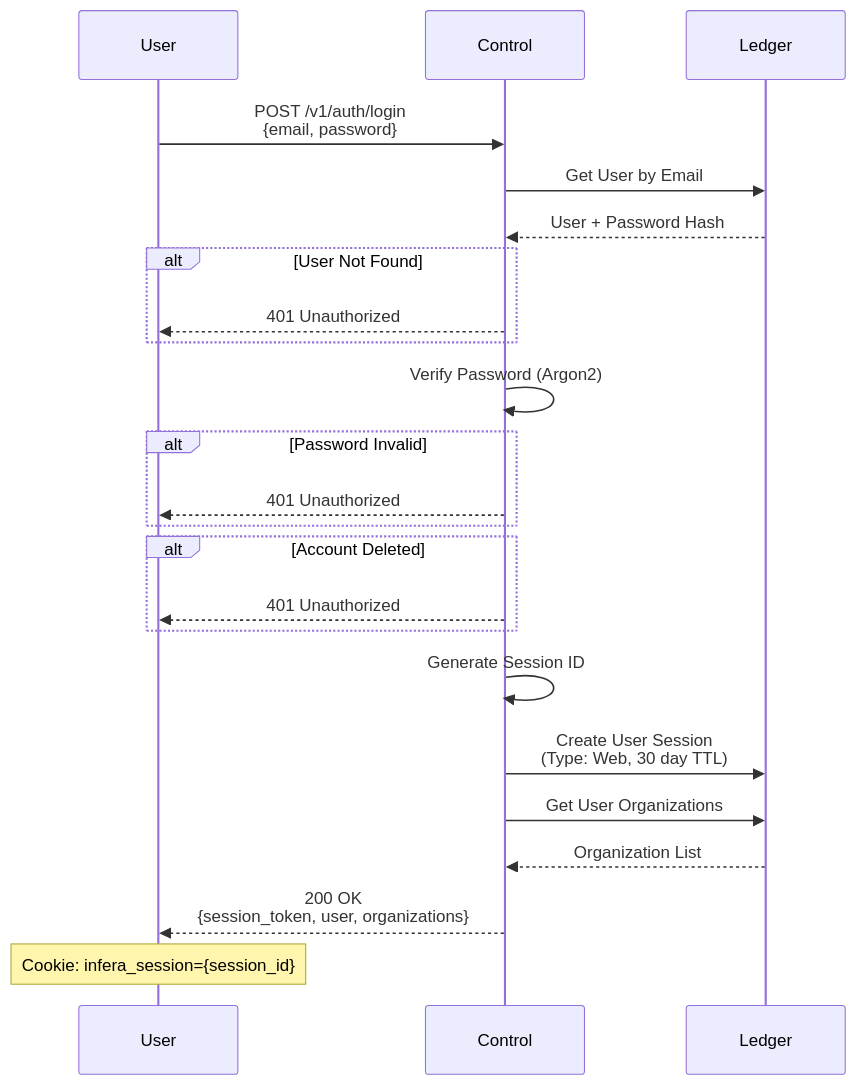
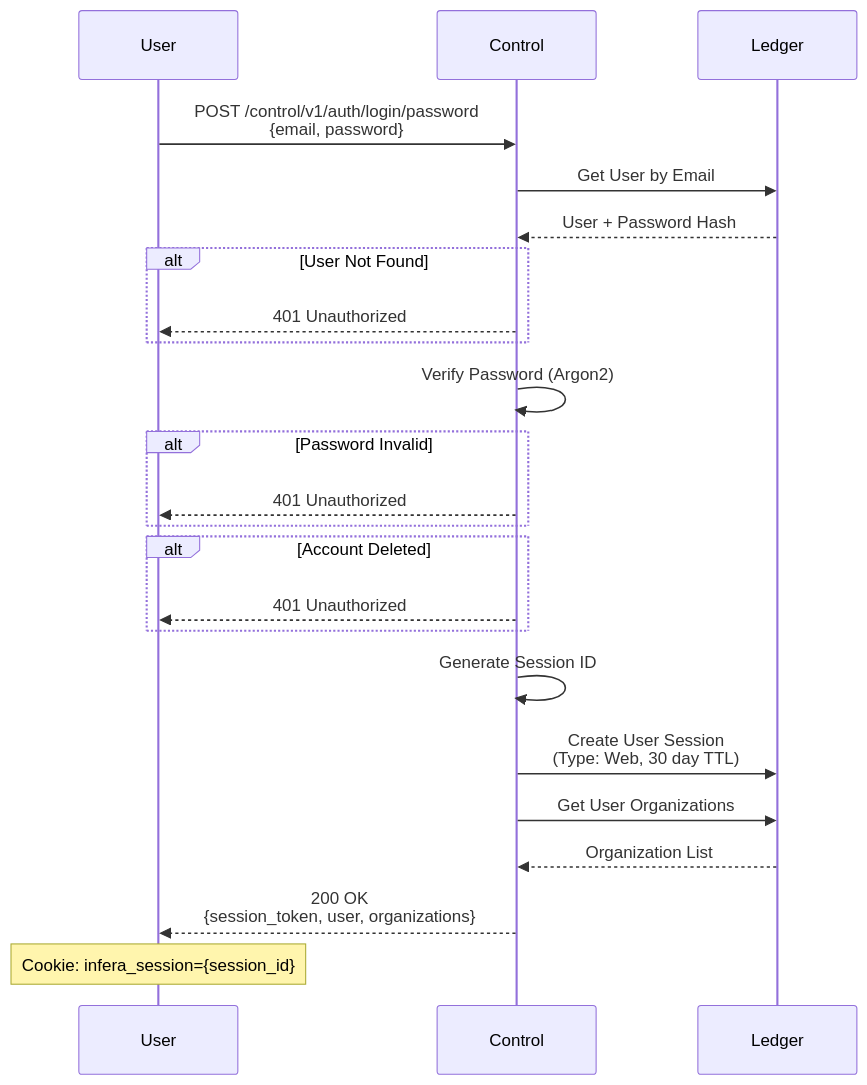
Before and after one commit to inferadb/control: the second of 14 diagrams in docs/flows.md, drawn with Mermaid. The commit also changed other lines of this file and 49 other files, not shown here.

````diff
--- a/docs/flows.md
+++ b/docs/flows.md
@@ -54,35 +54,35 @@
 ```mermaid
 sequenceDiagram
     participant User
     participant API as Control
     participant DB as Ledger
 
-    User->>API: POST /v1/auth/login<br/>{email, password}
+    User->>API: POST /control/v1/auth/login/password<br/>{email, password}
 
     API->>DB: Get User by Email
     DB-->>API: User + Password Hash
 
     alt User Not Found
         API-->>User: 401 Unauthorized
     end
 
     API->>API: Verify Password (Argon2)
 
     alt Password Invalid
         API-->>User: 401 Unauthorized
     end
 
     alt Account Deleted
         API-->>User: 401 Unauthorized
     end
 
     API->>API: Generate Session ID
     API->>DB: Create User Session<br/>(Type: Web, 30 day TTL)
 
     API->>DB: Get User Organizations
     DB-->>API: Organization List
 
     API-->>User: 200 OK<br/>{session_token, user, organizations}
 
     Note over User: Cookie: infera_session={session_id}
 ```
````
